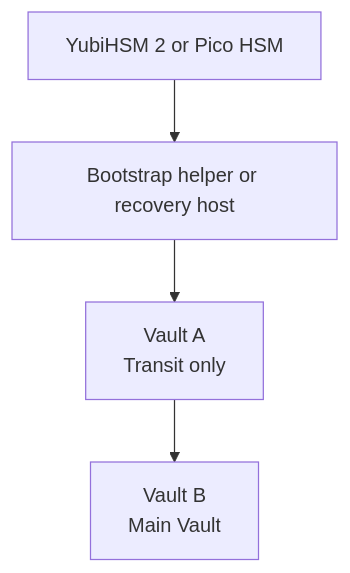
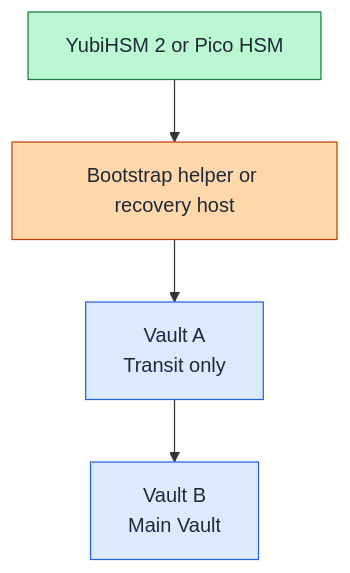
Before and after one commit to Rexus/homelab: the diagram in docs/security/vault-hsm-hardening-options.md, drawn with Mermaid. The commit also changed other lines of this file and 22 other files, not shown here.

````diff
--- a/docs/security/vault-hsm-hardening-options.md
+++ b/docs/security/vault-hsm-hardening-options.md
@@ -87,11 +87,19 @@
 ```mermaid
 flowchart TD
   HSM[YubiHSM 2 or Pico HSM]
   Helper[Bootstrap helper or recovery host]
   VaultA[Vault A<br/>Transit only]
   VaultB[Vault B<br/>Main Vault]
 
   HSM --> Helper
   Helper --> VaultA
   VaultA --> VaultB
+
+  classDef hsmNode fill:#bbf7d0,stroke:#15803d,color:#1f2937
+  classDef mgmtNode fill:#fed7aa,stroke:#c2410c,color:#1f2937
+  classDef vaultNode fill:#dbeafe,stroke:#2563eb,color:#1f2937
+
+  class HSM hsmNode
+  class Helper mgmtNode
+  class VaultA,VaultB vaultNode
 ```
````
